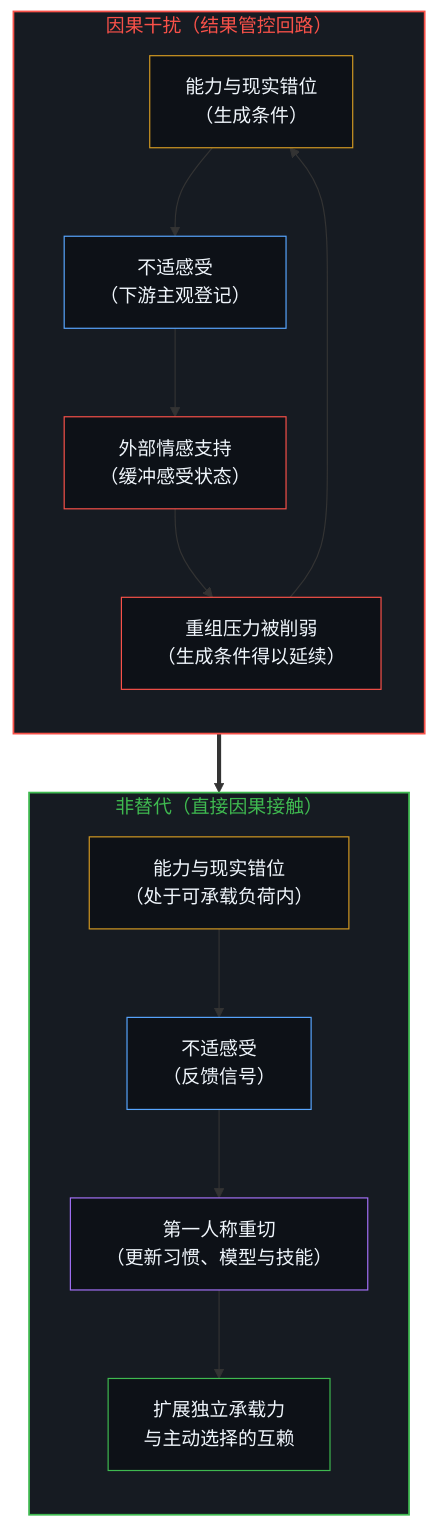
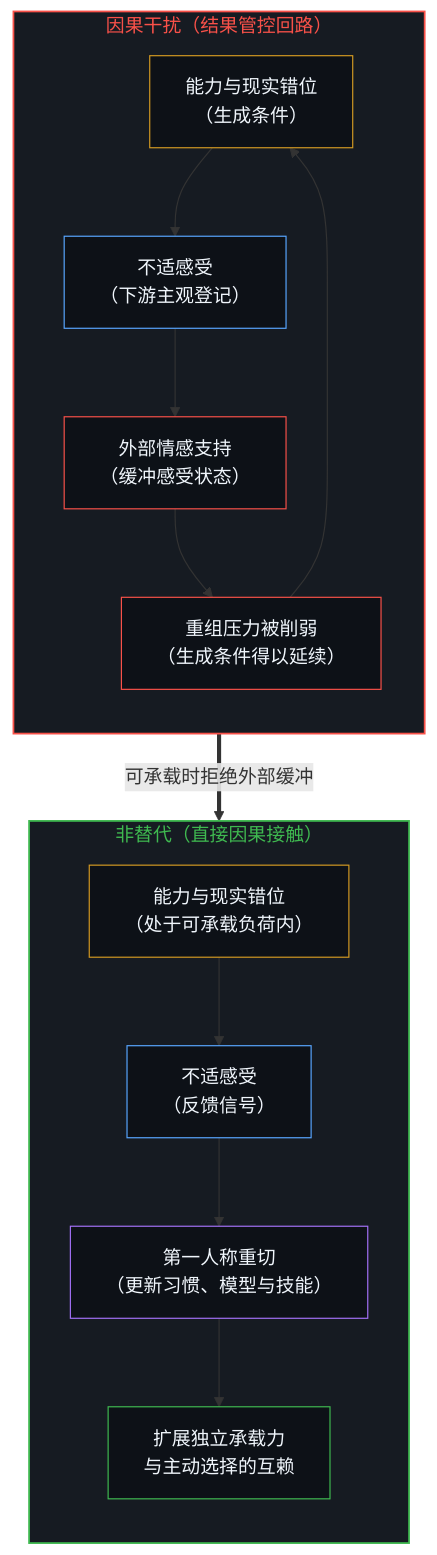
The first of 2 diagrams in content/posts/emotional-support-as-causal-interference.md (powerpig99/not-a-toe), drawn with Mermaid before and after one commit. The commit also changed other lines of this file and 4 other files, not shown here.

````diff
--- a/content/posts/emotional-support-as-causal-interference.md
+++ b/content/posts/emotional-support-as-causal-interference.md
@@ -21,27 +21,27 @@
 ```mermaid
 flowchart TD
     subgraph S_Interference["因果干扰（结果管控回路）"]
         direction TB
         M1["能力与现实错位<br/>（生成条件）"] --> D1["不适感受<br/>（下游主观登记）"]
         D1 --> E1["外部情感支持<br/>（缓冲感受状态）"]
         E1 --> P1["重组压力被削弱<br/>（生成条件得以延续）"]
         P1 --> M1
     end
     subgraph S_NonReplacement["非替代（直接因果接触）"]
         direction TB
         M2["能力与现实错位<br/>（处于可承载负荷内）"] --> D2["不适感受<br/>（反馈信号）"]
         D2 --> R2["第一人称重切<br/>（更新习惯、模型与技能）"]
         R2 --> C2["扩展独立承载力<br/>与主动选择的互赖"]
     end
-    P1 ==> M2
+    P1 ==>|"可承载时拒绝外部缓冲"| M2
     style S_Interference fill:#161b22,stroke:#f85149,stroke-width:1.5px,color:#f85149
     style S_NonReplacement fill:#161b22,stroke:#3fb950,stroke-width:1.5px,color:#3fb950
     style M1 fill:#0d1117,stroke:#d29922,stroke-width:1px,color:#f0f6fc
     style D1 fill:#0d1117,stroke:#58a6ff,stroke-width:1px,color:#f0f6fc
     style E1 fill:#0d1117,stroke:#f85149,stroke-width:1px,color:#f0f6fc
     style P1 fill:#0d1117,stroke:#f85149,stroke-width:1px,color:#f0f6fc
     style M2 fill:#0d1117,stroke:#d29922,stroke-width:1px,color:#f0f6fc
     style D2 fill:#0d1117,stroke:#58a6ff,stroke-width:1px,color:#f0f6fc
     style R2 fill:#0d1117,stroke:#a371f7,stroke-width:1px,color:#f0f6fc
     style C2 fill:#0d1117,stroke:#3fb950,stroke-width:1px,color:#f0f6fc
 ```
````
